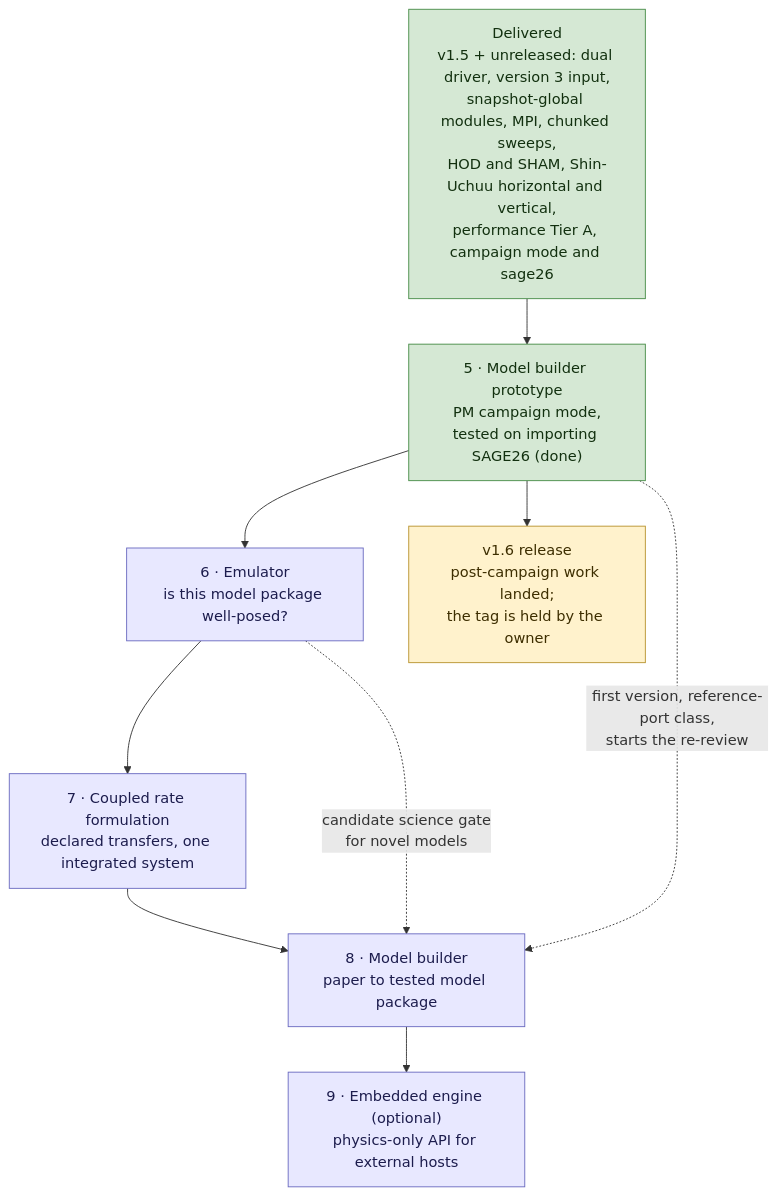
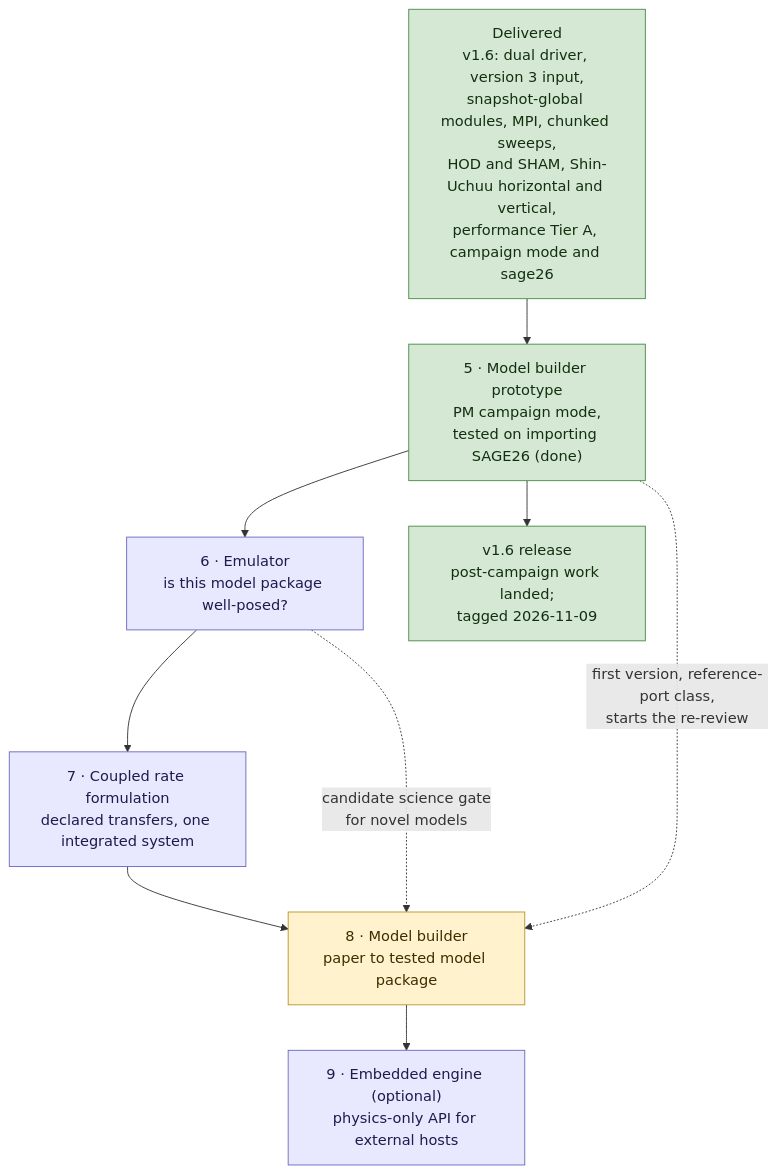
One commit to darrencroton/mimic changed the diagram in docs/dev/MIMIC-DEVELOPMENT-PATHWAY.md. Above: the diagram before and after it, drawn with Mermaid. The commit also changed other lines of this file and 2 other files, not shown here.

First line of the commit message:
Release v1.6

````diff
--- a/docs/dev/MIMIC-DEVELOPMENT-PATHWAY.md
+++ b/docs/dev/MIMIC-DEVELOPMENT-PATHWAY.md
@@ -22,22 +22,22 @@
 ```mermaid
 flowchart TD
-    DONE["Delivered<br/>v1.5 + unreleased: dual driver, version 3 input,<br/>snapshot-global modules, MPI, chunked sweeps,<br/>HOD and SHAM, Shin-Uchuu horizontal and vertical,<br/>performance Tier A, campaign mode and sage26"]
-    PCW["v1.6 release<br/>post-campaign work landed;<br/>the tag is held by the owner"]
+    DONE["Delivered<br/>v1.6: dual driver, version 3 input,<br/>snapshot-global modules, MPI, chunked sweeps,<br/>HOD and SHAM, Shin-Uchuu horizontal and vertical,<br/>performance Tier A, campaign mode and sage26"]
+    PCW["v1.6 release<br/>post-campaign work landed;<br/>tagged 2026-11-09"]
     S5["5 · Model builder prototype<br/>PM campaign mode,<br/>tested on importing SAGE26 (done)"]
     S6["6 · Emulator<br/>is this model package well-posed?"]
     S7["7 · Coupled rate formulation<br/>declared transfers, one integrated system"]
     S8["8 · Model builder<br/>paper to tested model package"]
     S9["9 · Embedded engine (optional)<br/>physics-only API for external hosts"]
 
     DONE --> S5 --> S6 --> S7 --> S8 --> S9
     S5 --> PCW
     S5 -.->|first version, reference-port class,<br/>starts the re-review| S8
     S6 -.->|candidate science gate<br/>for novel models| S8
 
     classDef done fill:#d5e8d4,stroke:#478c47,color:#12300f
     classDef next fill:#fff2cc,stroke:#b8932e,color:#3d2e00
     classDef step fill:#e8e8ff,stroke:#6a6ac0,color:#1c1c4d
-    class DONE,S5 done
-    class PCW next
-    class S6,S7,S8,S9 step
+    class DONE,S5,PCW done
+    class S8 next
+    class S6,S7,S9 step
 ```
````
